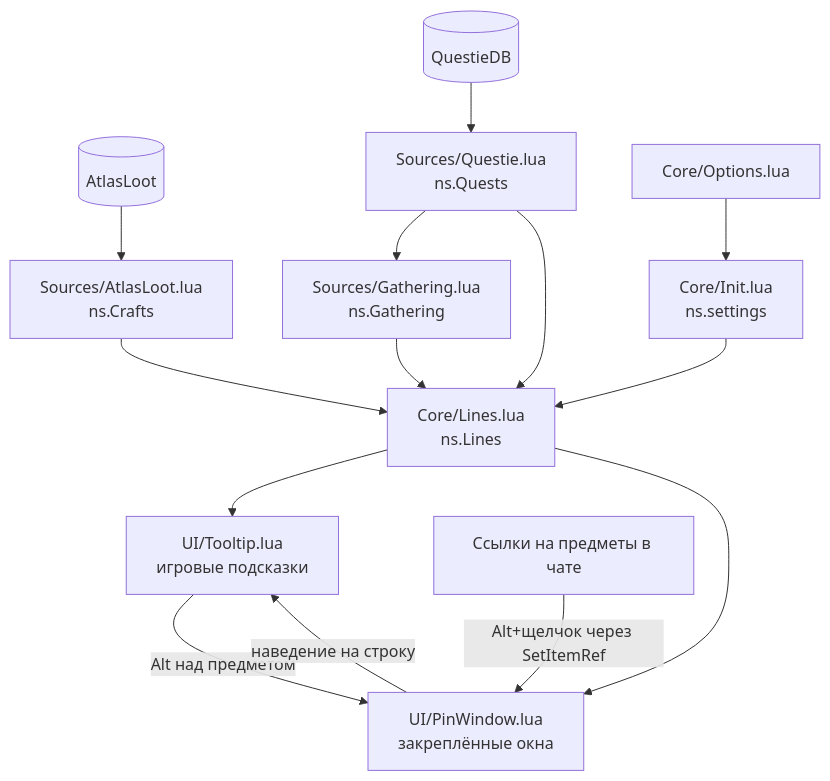
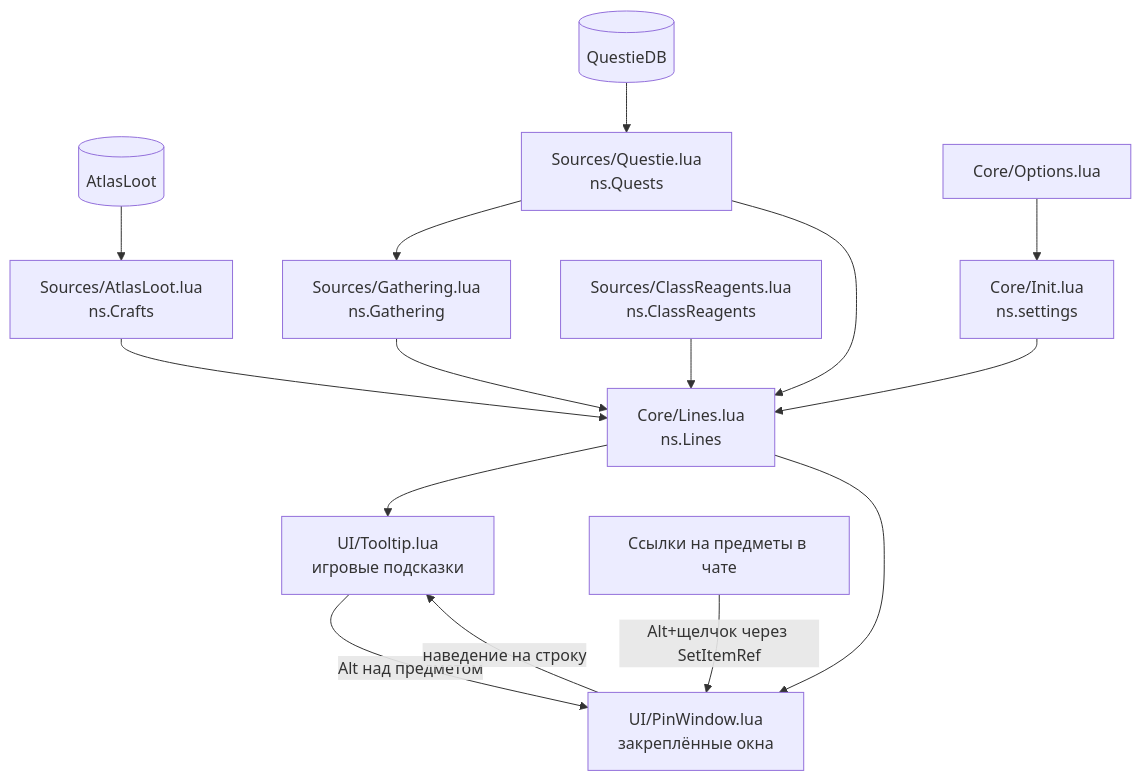
The first of 2 diagrams in docs/ARCHITECTURE.ru.md (ReSenpai/craft-compass), drawn with Mermaid before and after one commit. The commit also changed other lines of this file and 13 other files, not shown here.

````diff
--- a/docs/ARCHITECTURE.ru.md
+++ b/docs/ARCHITECTURE.ru.md
@@ -43,16 +44,17 @@
 ```mermaid
 flowchart TD
     AL[(AtlasLoot)] --> Crafts[Sources/AtlasLoot.lua<br>ns.Crafts]
     QDB[(QuestieDB)] --> Quests[Sources/Questie.lua<br>ns.Quests]
     Quests --> Gathering[Sources/Gathering.lua<br>ns.Gathering]
     Gathering --> Lines
+    ClassReagents[Sources/ClassReagents.lua<br>ns.ClassReagents] --> Lines
     Crafts --> Lines[Core/Lines.lua<br>ns.Lines]
     Quests --> Lines
     Settings[Core/Init.lua<br>ns.settings] --> Lines
     Lines --> Tooltip[UI/Tooltip.lua<br>игровые подсказки]
     Lines --> PinWindow[UI/PinWindow.lua<br>закреплённые окна]
     Tooltip -- "Alt над предметом" --> PinWindow
     PinWindow -- "наведение на строку" --> Tooltip
     Chat[Ссылки на предметы в чате] -- "Alt+щелчок через SetItemRef" --> PinWindow
     Options[Core/Options.lua] --> Settings
 ```
````
